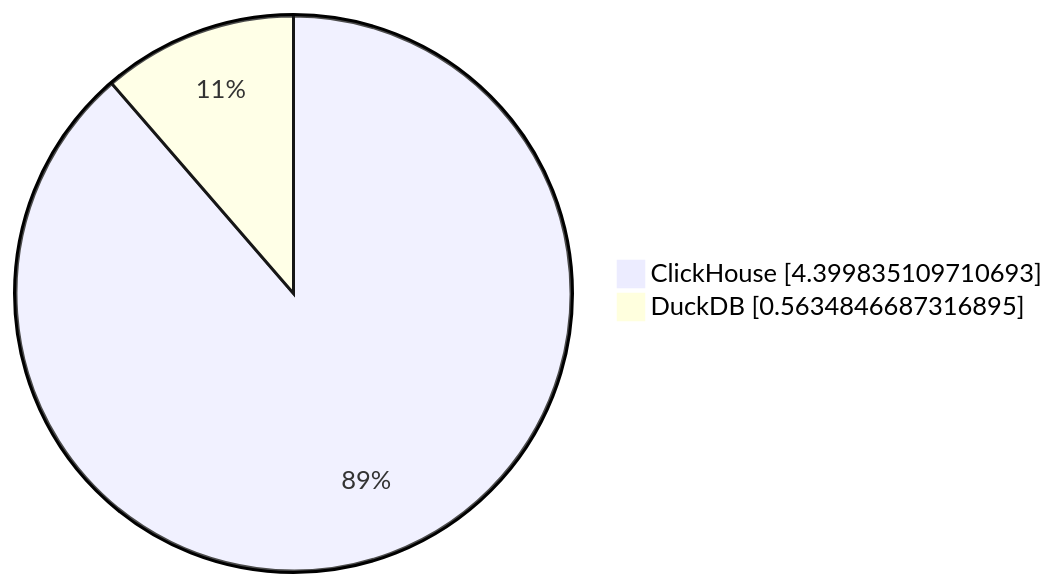
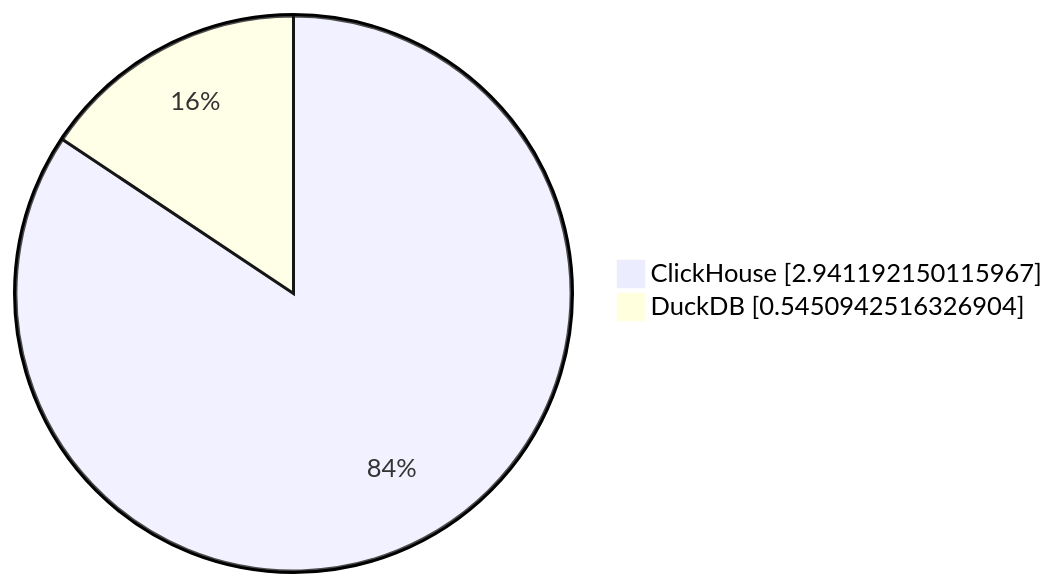
One commit to Altinity/clickhouse-regression changed the sixth of 7 diagrams in parquet/performance/results/nyc_taxi/23.11.1.2711-alpine/README.md. Above: the diagram before and after it, drawn with Mermaid. The commit also changed other lines of this file and 8 other files, not shown here.

````diff
--- a/parquet/performance/results/nyc_taxi/23.11.1.2711-alpine/README.md
+++ b/parquet/performance/results/nyc_taxi/23.11.1.2711-alpine/README.md
@@ -60,5 +60,5 @@
 ```mermaid
      pie showData
-         "ClickHouse" : 4.399835109710693
-         "DuckDB" : 0.5634846687316895
+         "ClickHouse" : 2.941192150115967
+         "DuckDB" : 0.5450942516326904
 ```
````
